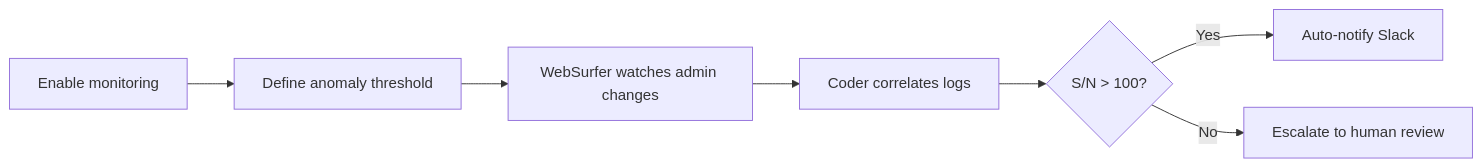
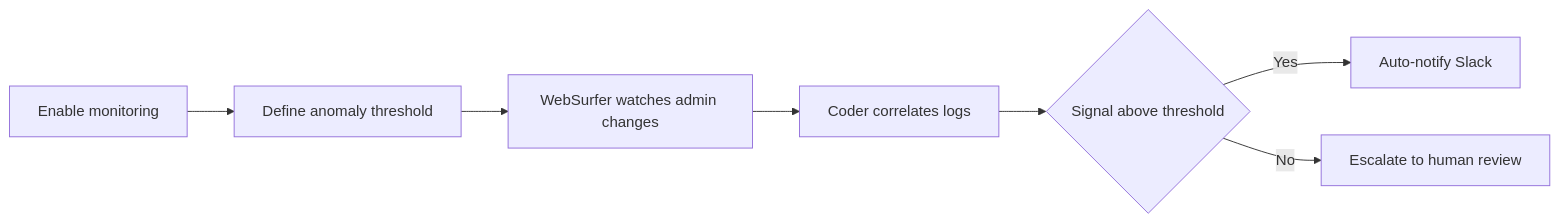
Before and after one commit to andiekobbietks/magentic-ui: the third of 13 diagrams in README.md, drawn with Mermaid. The commit also changed other lines of this file, not shown here.

Commit message:
docs: fix mermaid syntax and add before/after tables for personas

````diff
--- a/README.md
+++ b/README.md
@@ -161,9 +179,9 @@
-  ```mermaid
-  flowchart LR
+```mermaid
+flowchart LR
     A[Enable monitoring] --> B[Define anomaly threshold]
     B --> C[WebSurfer watches admin changes]
     C --> D[Coder correlates logs]
-    D --> E{S/N > 100?}
+    D --> E{Signal above threshold}
     E -->|Yes| F[Auto-notify Slack]
     E -->|No| G[Escalate to human review]
-  ```
+```
````
